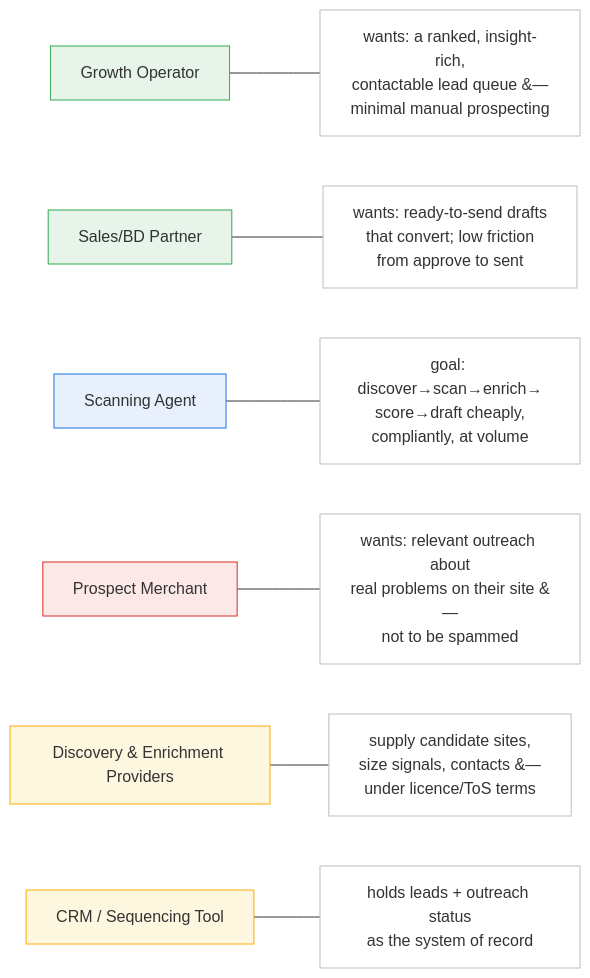
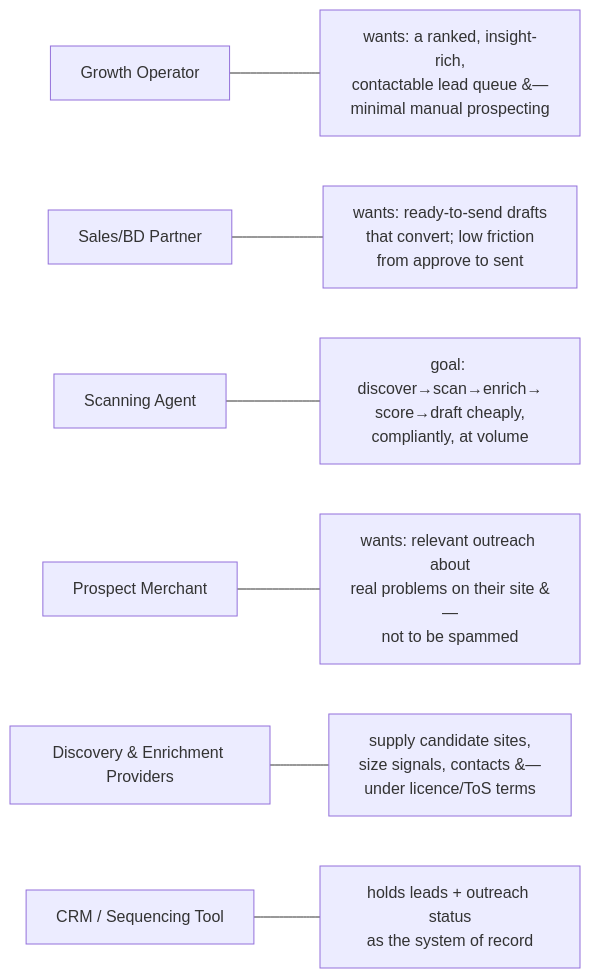
Before and after one commit to omars-lab/omars-lab.github.io: the second of 13 diagrams in bytesofpurpose-blog/designs/2026-06-21-ecommerce-site-scanner-and-lead-generation-engine.mdx, drawn with Mermaid. The commit also changed other lines of this file and 6 other files, not shown here.

First line of the commit message:
feat(designs): on-brand mermaid theme + dark-mode-adaptive diagrams

````diff
--- a/bytesofpurpose-blog/designs/2026-06-21-ecommerce-site-scanner-and-lead-generation-engine.mdx
+++ b/bytesofpurpose-blog/designs/2026-06-21-ecommerce-site-scanner-and-lead-generation-engine.mdx
@@ -134,22 +130,17 @@
 ```mermaid
 graph LR
     OP[Growth Operator]:::people
     BD[Sales/BD Partner]:::people
     AG[Scanning Agent]:::engine
     PR[Prospect Merchant]:::target
     PV[Discovery & Enrichment Providers]:::ext
     CRM[CRM / Sequencing Tool]:::ext
 
     OP --- OPm["wants: a ranked, insight-rich,<br/>contactable lead queue &#8212;<br/>minimal manual prospecting"]:::note
     BD --- BDm["wants: ready-to-send drafts<br/>that convert; low friction<br/>from approve to sent"]:::note
     AG --- AGm["goal: discover→scan→enrich→<br/>score→draft cheaply,<br/>compliantly, at volume"]:::note
     PR --- PRm["wants: relevant outreach about<br/>real problems on their site &#8212;<br/>not to be spammed"]:::note
     PV --- PVm["supply candidate sites,<br/>size signals, contacts &#8212;<br/>under licence/ToS terms"]:::note
     CRM --- CRMm["holds leads + outreach status<br/>as the system of record"]:::note
 
-    classDef people fill:#e6f4ea,stroke:#34a853
-    classDef engine fill:#e8f0fe,stroke:#1a73e8
-    classDef target fill:#fce8e6,stroke:#d93025
-    classDef ext fill:#fef7e0,stroke:#f9ab00
-    classDef note fill:#ffffff,stroke:#bdbdbd,color:#333
 ```
````
